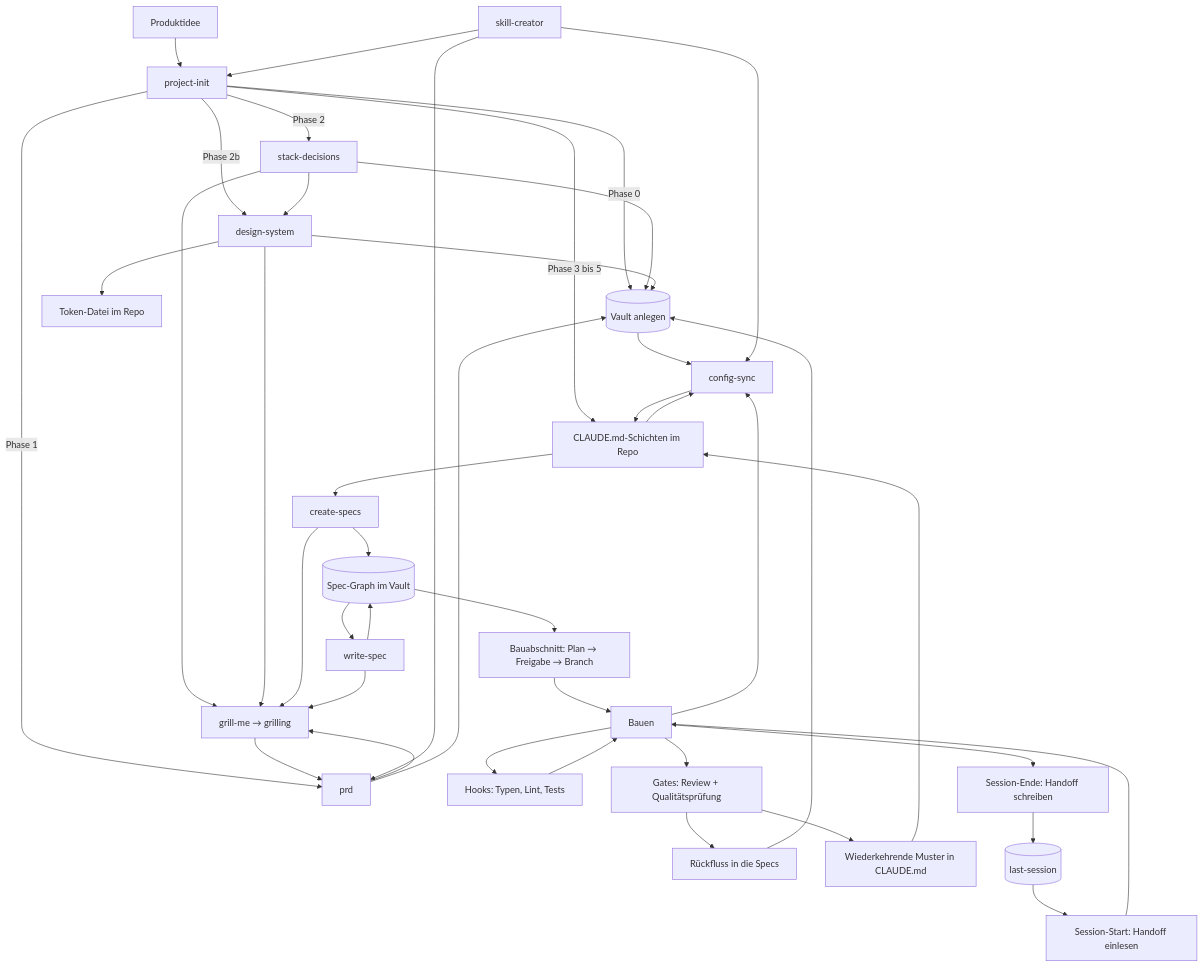
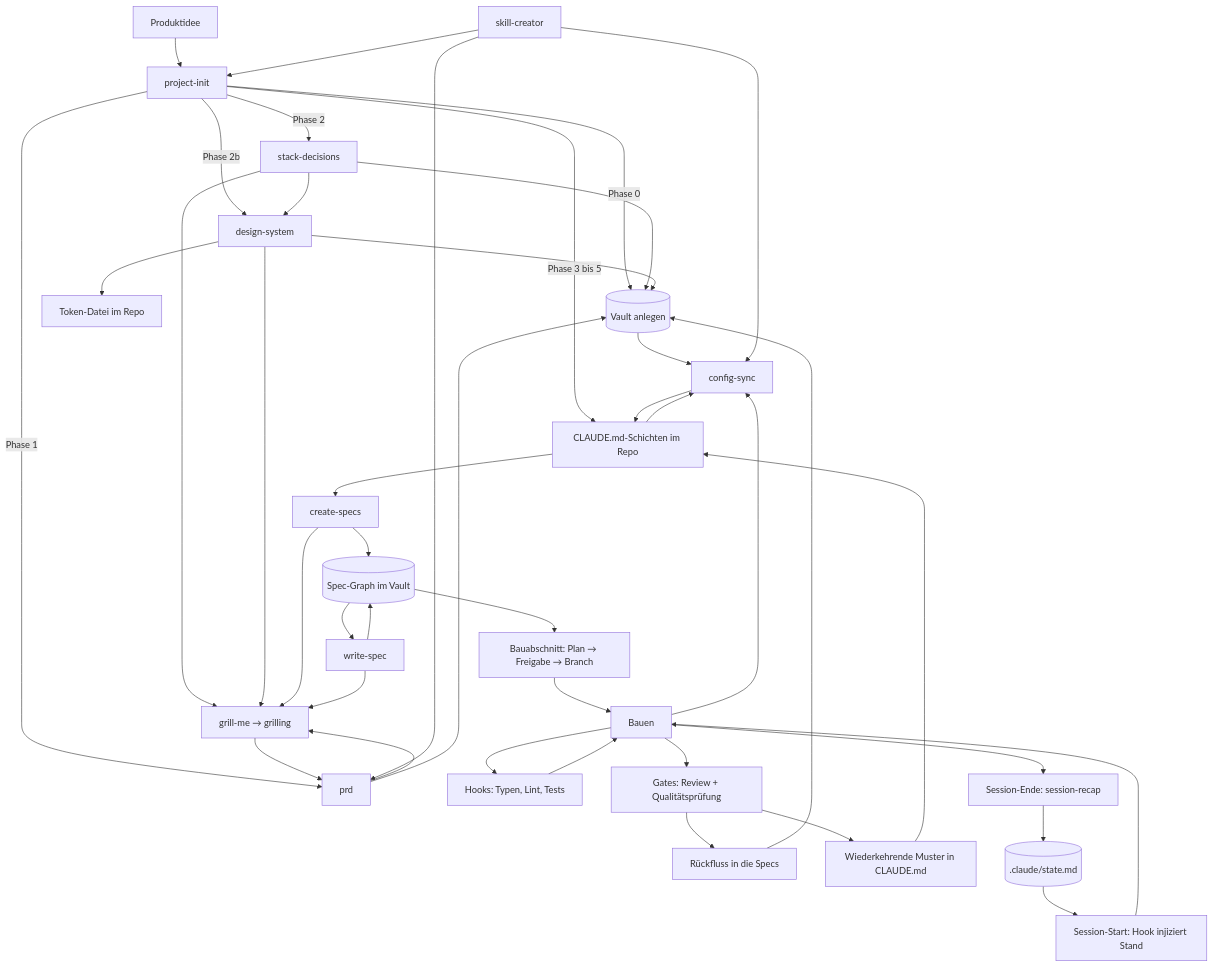
One commit to mxrius1706/Ai-Coding-Framework changed the diagram in LOOP.md. Above: the diagram before and after it, drawn with Mermaid. The commit also changed other lines of this file and 4 other files, not shown here.

First line of the commit message:
feat(skills): session-recap und Abschieds-Hook ergaenzen

````diff
--- a/LOOP.md
+++ b/LOOP.md
@@ -25,48 +25,48 @@
 ```mermaid
 flowchart TD
     A[Produktidee] --> E[project-init]
     E -->|Phase 0| D[(Vault anlegen)]
     E -->|Phase 1| B[prd]
     B --> C[grill-me → grilling]
     C --> B
     B --> D
     E -->|Phase 2| S[stack-decisions]
     S --> C
     S --> D
     E -->|Phase 2b| DS[design-system]
     S --> DS
     DS --> C
     DS --> D
     DS --> TK[Token-Datei im Repo]
     E -->|Phase 3 bis 5| F[CLAUDE.md-Schichten im Repo]
 
     F --> CS[create-specs]
     CS --> C
     CS --> SP[(Spec-Graph im Vault)]
     SP --> WS[write-spec]
     WS --> C
     WS --> SP
     SP --> G[Bauabschnitt: Plan → Freigabe → Branch]
     G --> H[Bauen]
     H --> I[Hooks: Typen, Lint, Tests]
     I --> H
     H --> J[Gates: Review + Qualitätsprüfung]
     J --> K[Rückfluss in die Specs]
     K --> D
     J --> L[Wiederkehrende Muster in CLAUDE.md]
     L --> F
 
     F --> M[config-sync]
     M --> F
     D --> M
     H --> M
 
-    N[Session-Ende: Handoff schreiben] --> O[(last-session)]
-    O --> P[Session-Start: Handoff einlesen]
+    N[Session-Ende: session-recap] --> O[(.claude/state.md)]
+    O --> P[Session-Start: Hook injiziert Stand]
     P --> H
     H --> N
 
     Q[skill-creator] --> B
     Q --> E
     Q --> M
 ```
````
